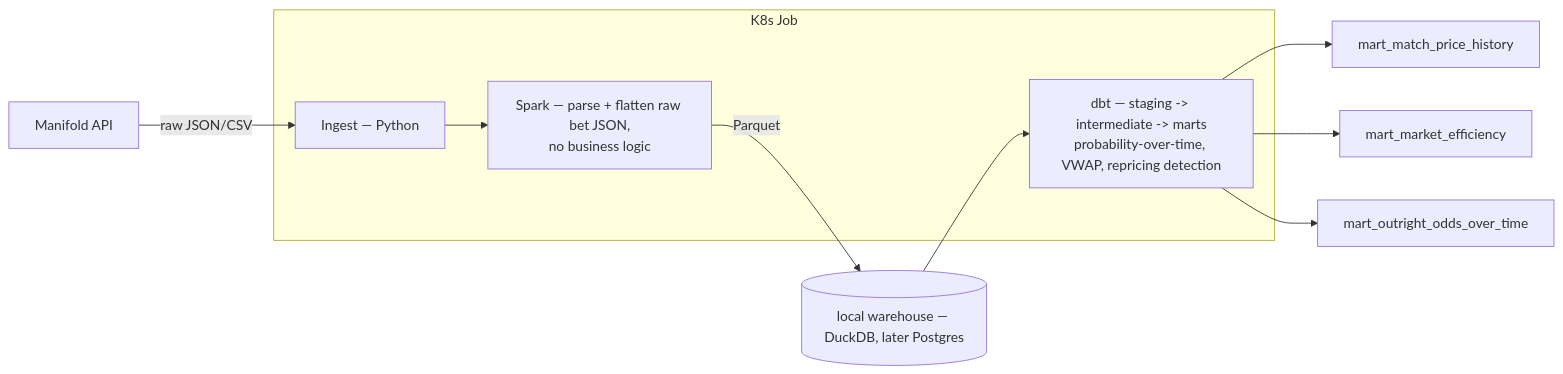
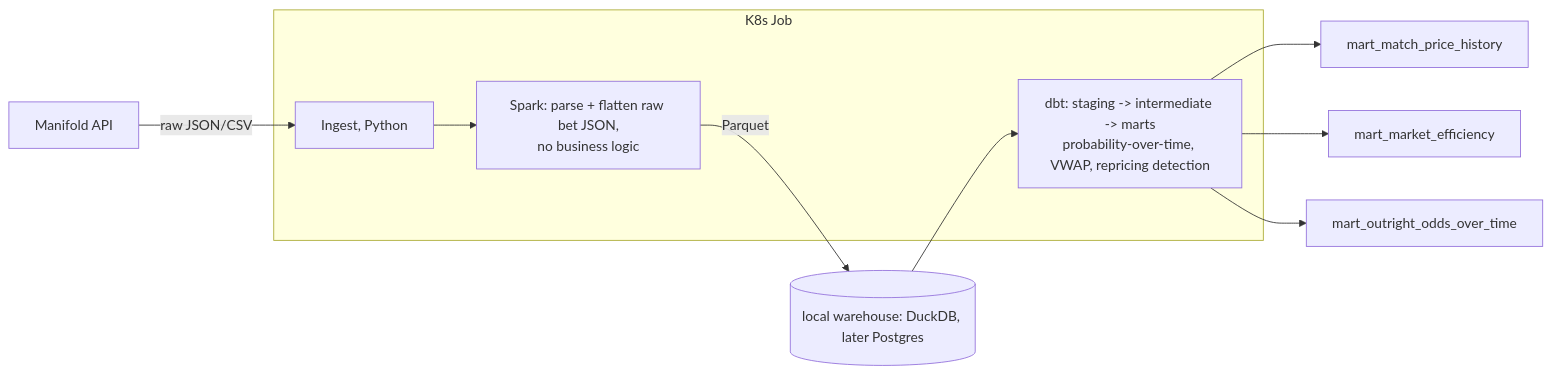
The diagram in README.md (jburmistrova/worldcup-manifold-pipeline), drawn with Mermaid before and after one commit. The commit also changed other lines of this file and 38 other files, not shown here.

````diff
--- a/README.md
+++ b/README.md
@@ -20,16 +20,16 @@
 ```mermaid
 flowchart LR
-    A[Manifold API] -->|raw JSON/CSV| B[Ingest — Python]
-    B --> C[Spark — parse + flatten raw bet JSON,<br/>no business logic]
-    C -->|Parquet| D[(local warehouse — DuckDB, later Postgres)]
-    D --> E[dbt — staging -> intermediate -> marts<br/>probability-over-time, VWAP, repricing detection]
+    A[Manifold API] -->|raw JSON/CSV| B[Ingest, Python]
+    B --> C[Spark: parse + flatten raw bet JSON,<br/>no business logic]
+    C -->|Parquet| D[(local warehouse: DuckDB, later Postgres)]
+    D --> E[dbt: staging -> intermediate -> marts<br/>probability-over-time, VWAP, repricing detection]
     E --> F[mart_match_price_history]
     E --> G[mart_market_efficiency]
     E --> H[mart_outright_odds_over_time]
 
     subgraph K8s Job
     B
     C
     E
     end
 ```
````
